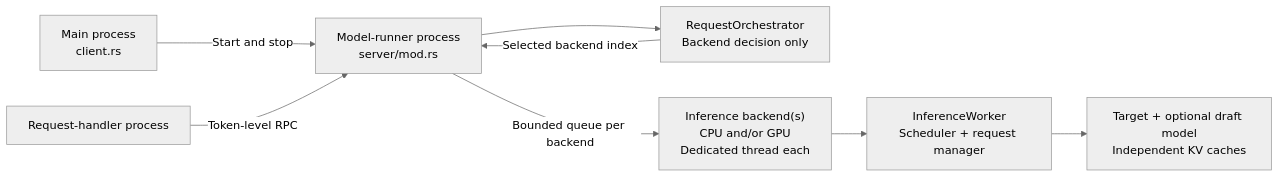
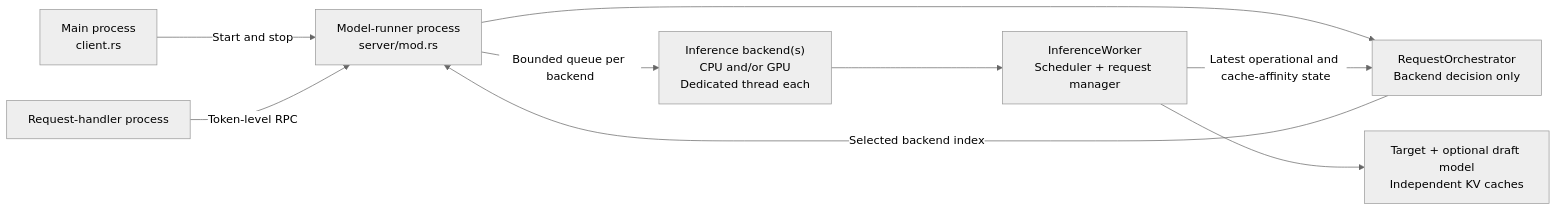
The first of 2 diagrams in src/model_runner/README.md (lun0522/mini-vllm-rs), drawn with Mermaid (neutral theme) before and after one commit. The commit also changed other lines of this file and 6 other files, not shown here.

````diff
--- a/src/model_runner/README.md
+++ b/src/model_runner/README.md
@@ -9,11 +9,12 @@
 ```mermaid
 flowchart LR
     Main["Main process<br/>client.rs"] -->|Start and stop| Rpc["Model-runner process<br/>server/mod.rs"]
     Handler[Request-handler process] -->|Token-level RPC| Rpc
 
     Rpc --> Orchestrator["RequestOrchestrator<br/>Backend decision only"]
     Orchestrator -->|Selected backend index| Rpc
     Rpc -->|Bounded queue per backend| Backends["Inference backend(s)<br/>CPU and/or GPU<br/>Dedicated thread each"]
     Backends --> Worker["InferenceWorker<br/>Scheduler + request manager"]
+    Worker -->|Latest operational and cache-affinity state| Orchestrator
     Worker --> Models["Target + optional draft model<br/>Independent KV caches"]
 ```
````
